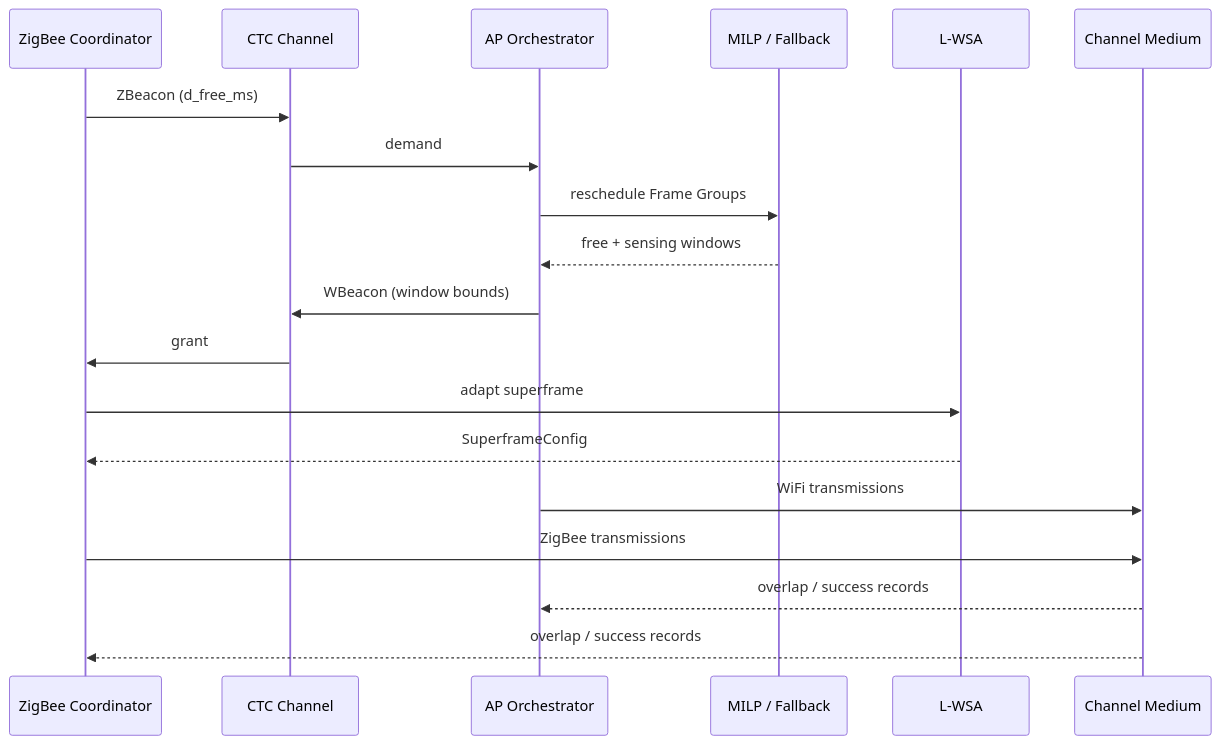
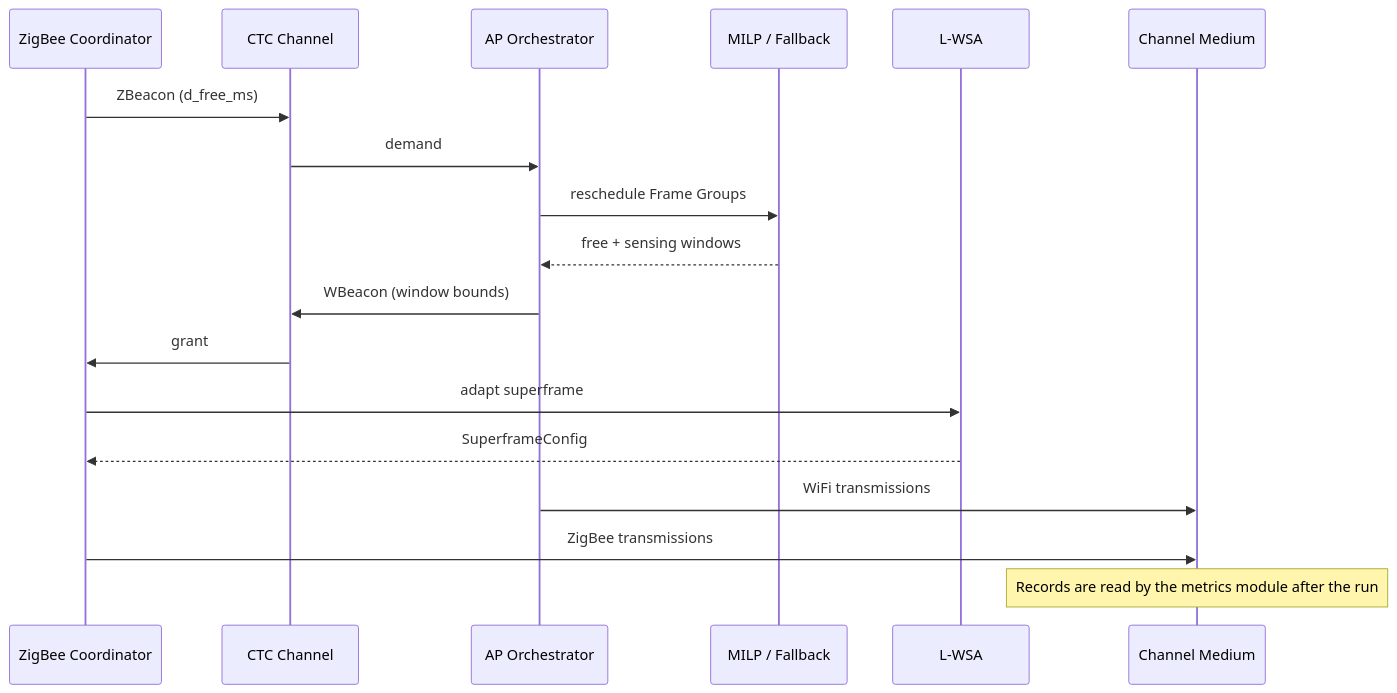
The diagram in reviews/review 3/CoWiC-MAC_Case_Study.md (DIVYANSHSAXENA23/cowicmac-case-study), drawn with Mermaid before and after one commit. The commit also changed other lines of this file and 4 other files, not shown here.

````diff
--- a/reviews/review 3/CoWiC-MAC_Case_Study.md
+++ b/reviews/review 3/CoWiC-MAC_Case_Study.md
@@ -68,22 +68,21 @@
 ```mermaid
 sequenceDiagram
   participant ZC as ZigBee Coordinator
   participant CTC as CTC Channel
   participant AP as AP Orchestrator
   participant SCH as MILP / Fallback
   participant LWSA as L-WSA
   participant MED as Channel Medium
 
   ZC->>CTC: ZBeacon (d_free_ms)
   CTC->>AP: demand
   AP->>SCH: reschedule Frame Groups
   SCH-->>AP: free + sensing windows
   AP->>CTC: WBeacon (window bounds)
   CTC->>ZC: grant
   ZC->>LWSA: adapt superframe
   LWSA-->>ZC: SuperframeConfig
   AP->>MED: WiFi transmissions
   ZC->>MED: ZigBee transmissions
-  MED-->>AP: overlap / success records
-  MED-->>ZC: overlap / success records
+  Note over MED: Records are read by the metrics module after the run
 ```
````
